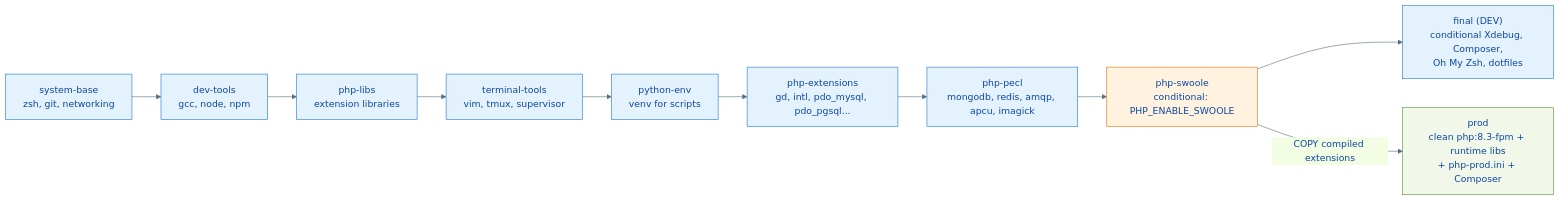
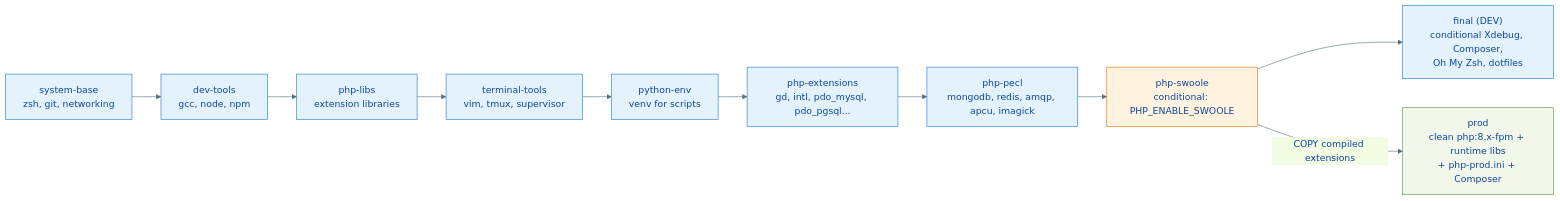
The second of 3 diagrams in docs/architecture.md (giacomeli/makephp), drawn with Mermaid before and after one commit. The commit also changed other lines of this file and 6 other files, not shown here.

````diff
--- a/docs/architecture.md
+++ b/docs/architecture.md
@@ -80,20 +80,20 @@
 ```mermaid
 %%{init: {'theme':'base','themeVariables':{'primaryColor':'#E3F2FD','primaryTextColor':'#0D47A1','primaryBorderColor':'#1976D2','lineColor':'#546E7A'}}}%%
 flowchart LR
     accTitle: PHP image build stages
     accDescr: Linear chain of Docker stages from the base system to the final dev image with Composer and dotfiles. The Swoole stage is conditional on a build arg. The prod target copies the compiled extensions into a clean runtime.
 
     classDef stage fill:#E3F2FD,stroke:#1976D2
     classDef cond fill:#FFF3E0,stroke:#EF6C00
     classDef prod fill:#F1F8E9,stroke:#558B2F
 
     A["system-base<br>zsh, git, networking"]:::stage --> B["dev-tools<br>gcc, node, npm"]:::stage
     B --> C["php-libs<br>extension libraries"]:::stage
     C --> D["terminal-tools<br>vim, tmux, supervisor"]:::stage
     D --> E["python-env<br>venv for scripts"]:::stage
     E --> F["php-extensions<br>gd, intl, pdo_mysql, pdo_pgsql..."]:::stage
     F --> G["php-pecl<br>mongodb, redis, amqp, apcu, imagick"]:::stage
     G --> H["php-swoole<br>conditional: PHP_ENABLE_SWOOLE"]:::cond
     H --> I["final (DEV)<br>conditional Xdebug, Composer,<br>Oh My Zsh, dotfiles"]:::stage
-    H -- "COPY compiled extensions" --> J["prod<br>clean php:8.3-fpm + runtime libs<br>+ php-prod.ini + Composer"]:::prod
+    H -- "COPY compiled extensions" --> J["prod<br>clean php:8.x-fpm + runtime libs<br>+ php-prod.ini + Composer"]:::prod
 ```
````
